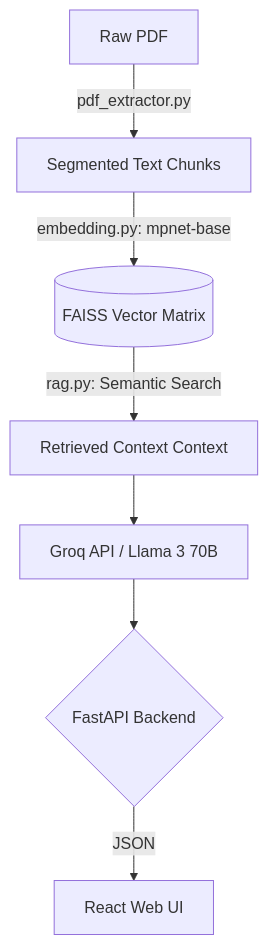
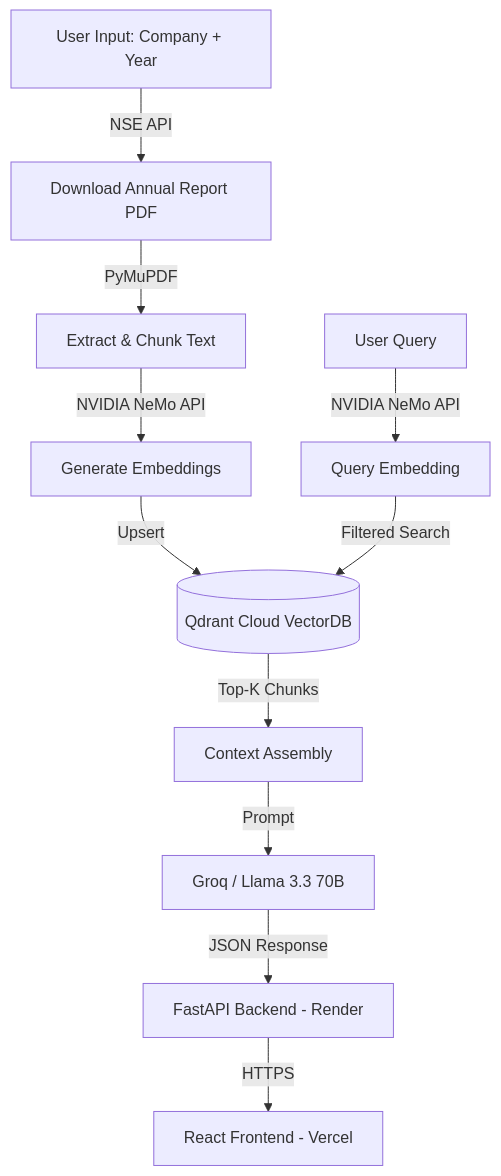
One commit to ankushsaha96/RAG-annual-analyzer changed the diagram in README.md. Above: the diagram before and after it, drawn with Mermaid. The commit also changed other lines of this file, not shown here.

````diff
--- a/README.md
+++ b/README.md
@@ -149,9 +57,13 @@
 ```mermaid
 graph TD
-    A[Raw PDF] -->|pdf_extractor.py| B[Segmented Text Chunks]
-    B -->|embedding.py: mpnet-base| C[(FAISS Vector Matrix)]
-    C -->|rag.py: Semantic Search| D[Retrieved Context Context]
-    D --> E[Groq API / Llama 3 70B]
-    E --> F{FastAPI Backend}
-    F -->|JSON| G[React Web UI]
+    A[User Input: Company + Year] -->|NSE API| B[Download Annual Report PDF]
+    B -->|PyMuPDF| C[Extract & Chunk Text]
+    C -->|NVIDIA NeMo API| D[Generate Embeddings]
+    D -->|Upsert| E[(Qdrant Cloud VectorDB)]
+    F[User Query] -->|NVIDIA NeMo API| G[Query Embedding]
+    G -->|Filtered Search| E
+    E -->|Top-K Chunks| H[Context Assembly]
+    H -->|Prompt| I[Groq / Llama 3.3 70B]
+    I -->|JSON Response| J[FastAPI Backend - Render]
+    J -->|HTTPS| K[React Frontend - Vercel]
 ```
````
